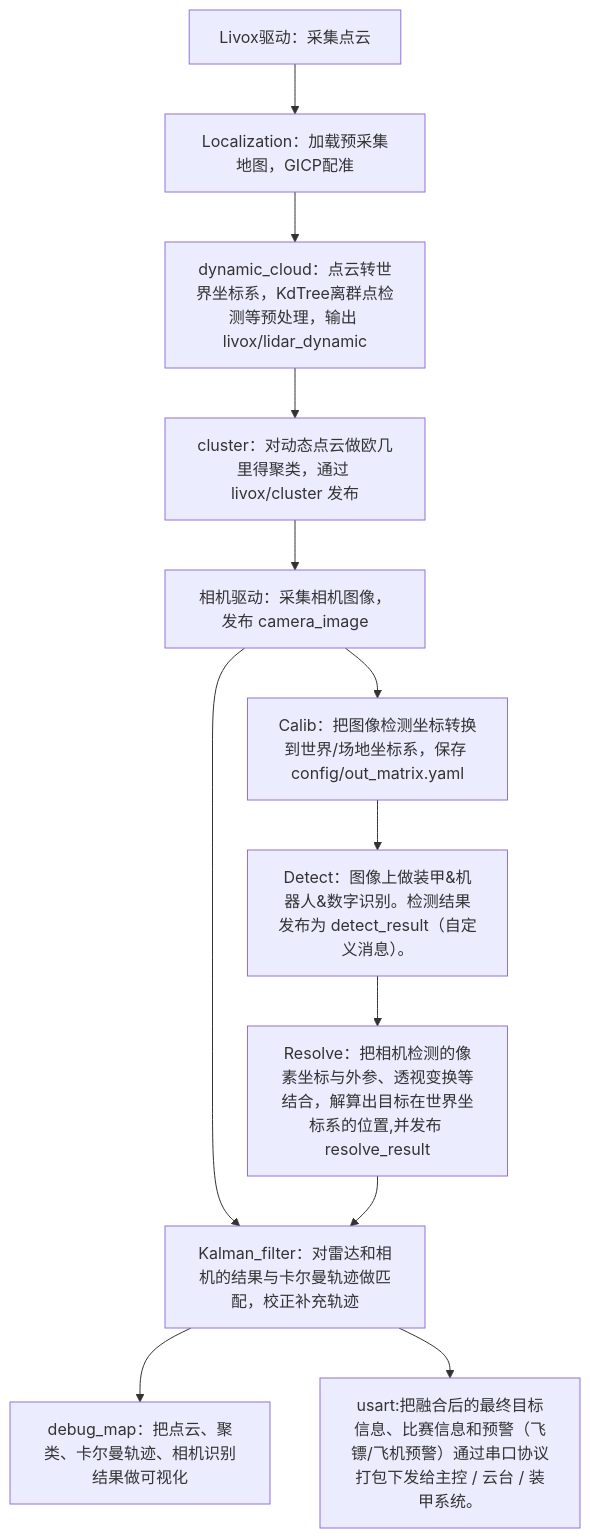
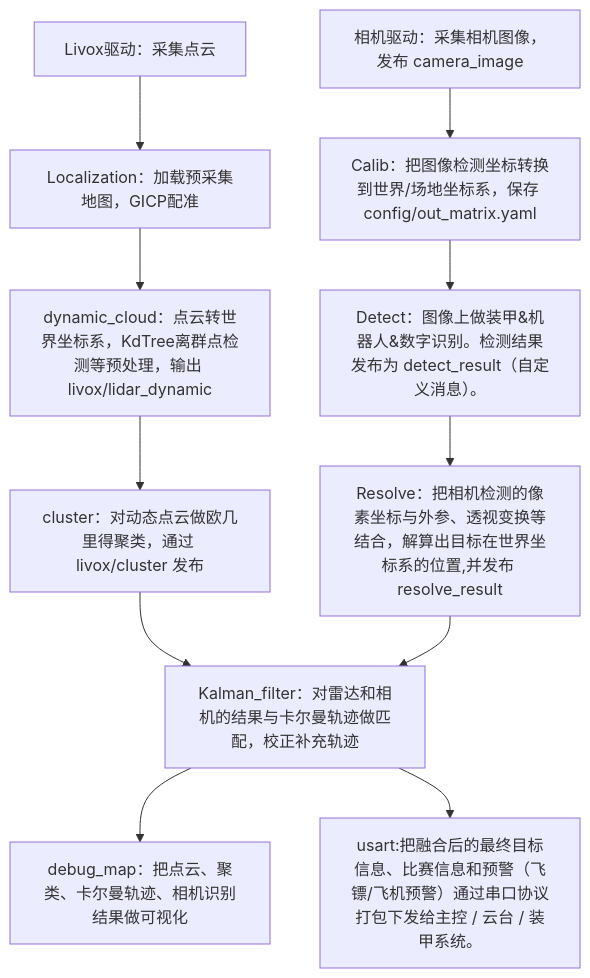
Before and after one commit to Aurovora/SRM_code: the first of 5 diagrams in 雷达/TDTcode.md, drawn with Mermaid.

````diff
--- a/雷达/TDTcode.md
+++ b/雷达/TDTcode.md
@@ -6,14 +6,13 @@
 ```mermaid
 graph TD
     A["Livox驱动：采集点云"] --> B["Localization：加载预采集地图，GICP配准"]
     B --> C["dynamic_cloud：点云转世界坐标系，KdTree离群点检测等预处理，输出 livox/lidar_dynamic"]
     C --> D["cluster：对动态点云做欧几里得聚类，通过 livox/cluster 发布"]
-    D --> E["GICP 配准"]
-    E --> I
+    D --> I
     E["相机驱动：采集相机图像，发布 camera_image"]--> F["Calib：把图像检测坐标转换到世界/场地坐标系，保存 config/out_matrix.yaml"]
     F --> G["Detect：图像上做装甲&机器人&数字识别。检测结果发布为 detect_result（自定义消息）。"]
     G --> H["Resolve：把相机检测的像素坐标与外参、透视变换等结合，解算出目标在世界坐标系的位置,并发布 resolve_result"]
     H --> I["Kalman_filter：对雷达和相机的结果与卡尔曼轨迹做匹配，校正补充轨迹"]
     I --> J["debug_map：把点云、聚类、卡尔曼轨迹、相机识别结果做可视化"]
     I --> K["usart:把融合后的最终目标信息、比赛信息和预警（飞镖/飞机预警）通过串口协议打包下发给主控 / 云台 / 装甲系统。"]
 ```
````
